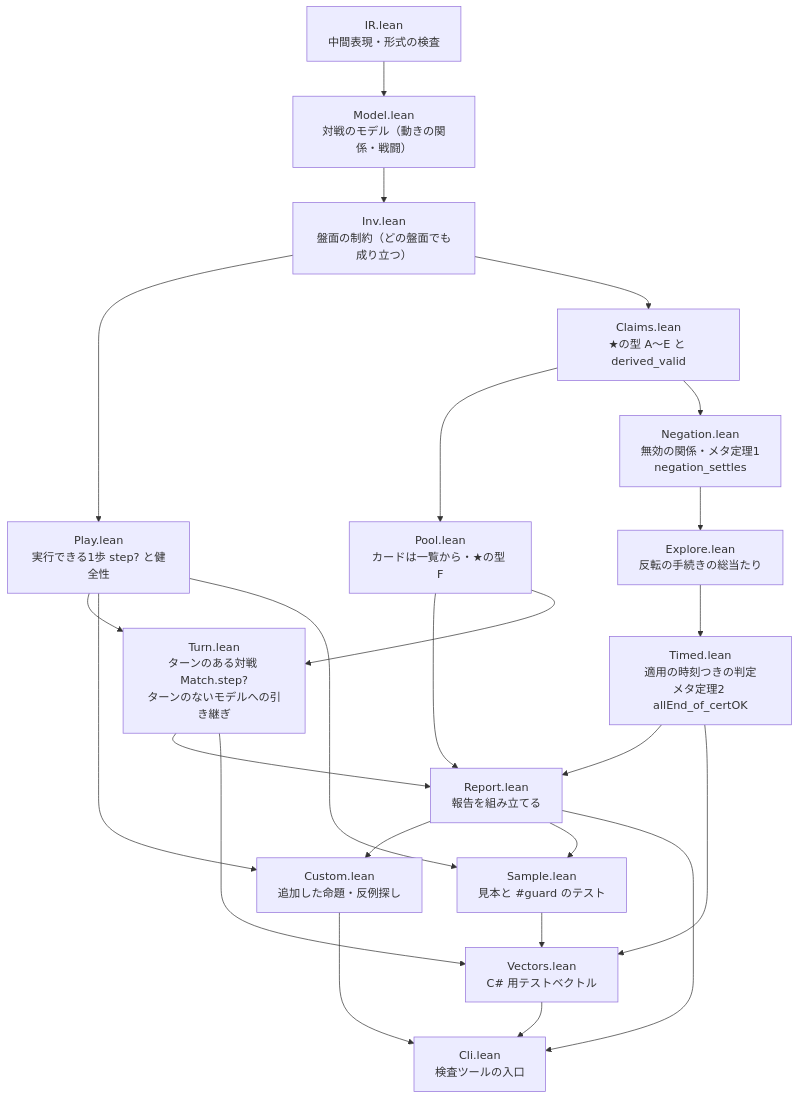
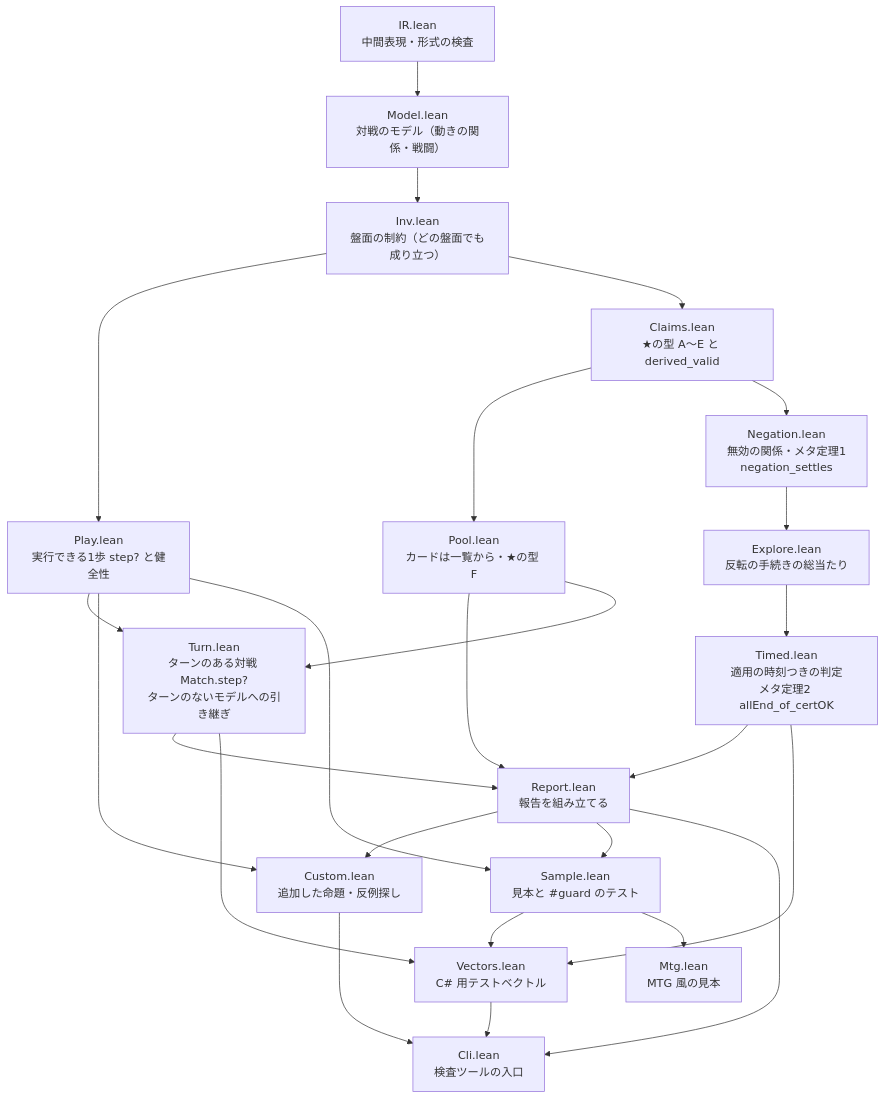
One commit to kotatu0047/yuugi-lean changed the second of 6 diagrams in アーキテクチャ.md. Above: the diagram before and after it, drawn with Mermaid. The commit also changed 30 other files, not shown here.

````diff
--- a/アーキテクチャ.md
+++ b/アーキテクチャ.md
@@ -53,39 +53,41 @@
 ```mermaid
 flowchart TB
   IR["IR.lean<br/>中間表現・形式の検査"]
   Model["Model.lean<br/>対戦のモデル（動きの関係・戦闘）"]
   Inv["Inv.lean<br/>盤面の制約（どの盤面でも成り立つ）"]
   Play["Play.lean<br/>実行できる1歩 step? と健全性"]
   Claims["Claims.lean<br/>★の型 A〜E と derived_valid"]
   Pool["Pool.lean<br/>カードは一覧から・★の型 F"]
   Turn["Turn.lean<br/>ターンのある対戦 Match.step?<br/>ターンのないモデルへの引き継ぎ"]
   Negation["Negation.lean<br/>無効の関係・メタ定理1<br/>negation_settles"]
   Explore["Explore.lean<br/>反転の手続きの総当たり"]
   Timed["Timed.lean<br/>適用の時刻つきの判定<br/>メタ定理2 allEnd_of_certOK"]
   Report["Report.lean<br/>報告を組み立てる"]
   Custom["Custom.lean<br/>追加した命題・反例探し"]
   Sample["Sample.lean<br/>見本と #guard のテスト"]
+  Mtg["Mtg.lean<br/>MTG 風の見本"]
   Vectors["Vectors.lean<br/>C# 用テストベクトル"]
   Cli["Cli.lean<br/>検査ツールの入口"]
 
   IR --> Model --> Inv
   Inv --> Play
   Inv --> Claims
   Claims --> Pool
   Claims --> Negation --> Explore --> Timed
   Timed --> Report
   Pool --> Report
   Play --> Turn
   Pool --> Turn
   Turn --> Report
   Turn --> Vectors
   Play --> Custom
   Report --> Custom
   Report --> Sample
   Play --> Sample
   Sample --> Vectors
+  Sample --> Mtg
   Timed --> Vectors
   Report --> Cli
   Custom --> Cli
   Vectors --> Cli
 ```
````
